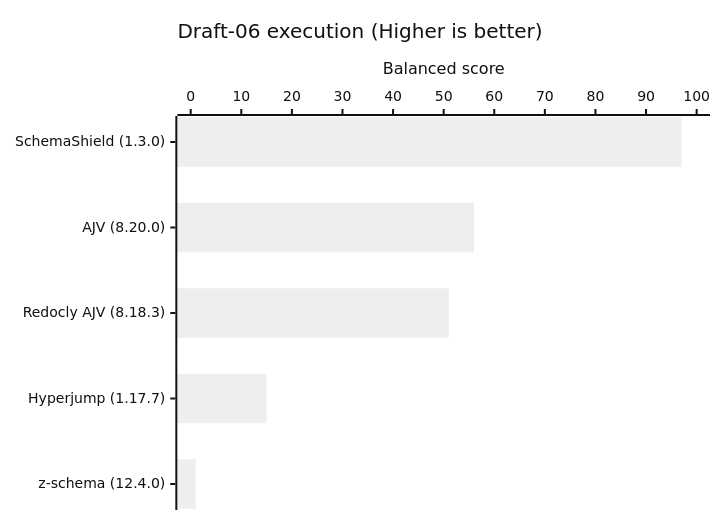
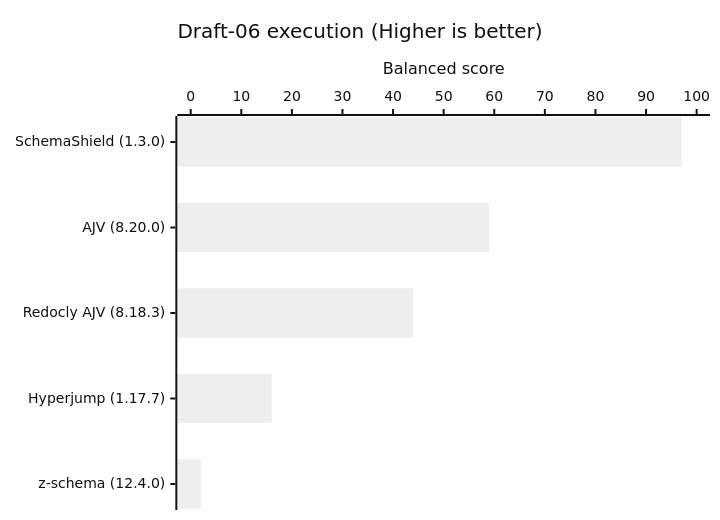
Before and after one commit to Masquerade-Circus/json-schema-validator-bench: the third of 8 diagrams in README.md, drawn with Mermaid (neutral theme). The commit also changed other lines of this file and 169 other files, not shown here.

````diff
--- a/README.md
+++ b/README.md
@@ -148,7 +148,7 @@
 ```mermaid
 xychart horizontal
     title "Draft-06 execution (Higher is better)"
     x-axis ["SchemaShield (1.3.0)", "AJV (8.20.0)", "Redocly AJV (8.18.3)", "Hyperjump (1.17.7)", "z-schema (12.4.0)"]
     y-axis "Balanced score" 0 --> 100
-    bar [97, 56, 51, 15, 1]
+    bar [97, 59, 44, 16, 2]
 ```
````
